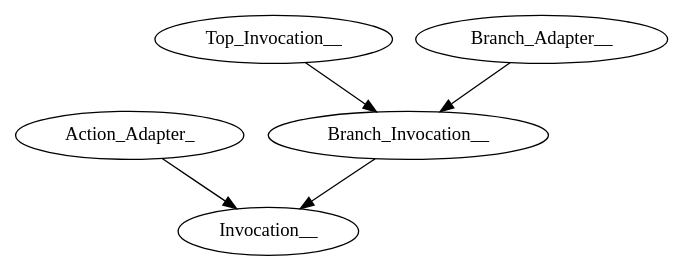
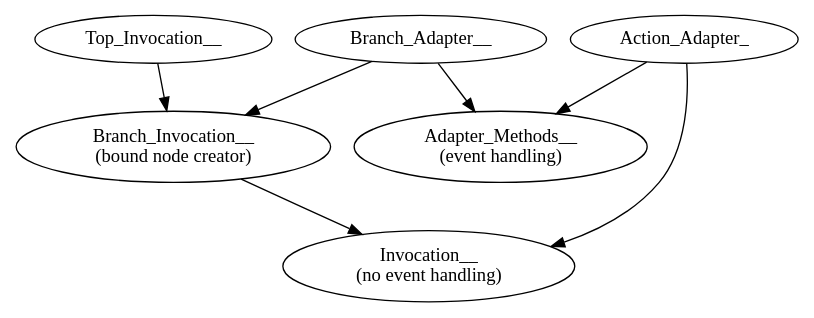
Before and after one commit to hipe/tmx: the diagram in lib/skylab/brazen/doc/issues/002-brazen-CLI/class-digraph.dot, drawn with Graphviz. The commit also changed 62 other files, not shown here.

```diff
--- a/lib/skylab/brazen/doc/issues/002-brazen-CLI/class-digraph.dot
+++ b/lib/skylab/brazen/doc/issues/002-brazen-CLI/class-digraph.dot
@@ -1,13 +1,21 @@
 digraph {
 
-Invocation__
+Invocation__ [ label="Invocation__\n(no event handling)" ]
+
+Branch_Invocation__ [ label="Branch_Invocation__\n(bound node creator)" ]
 
 Action_Adapter_ -> Invocation__
 
 Branch_Invocation__ -> Invocation__
 
 Top_Invocation__ -> Branch_Invocation__
 
 Branch_Adapter__ -> Branch_Invocation__
 
+Adapter_Methods__ [ label="Adapter_Methods__\n(event handling)" ]
+
+Branch_Adapter__ -> Adapter_Methods__
+
+Action_Adapter_ -> Adapter_Methods__
+
 }
```
